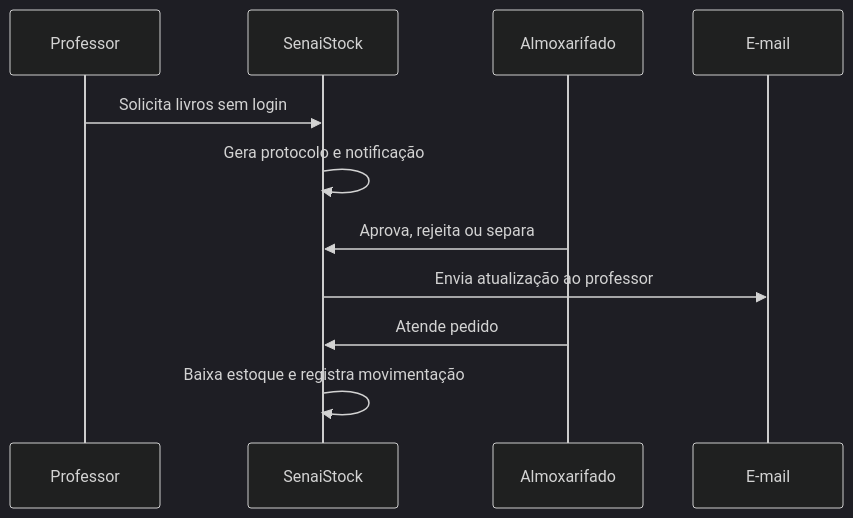
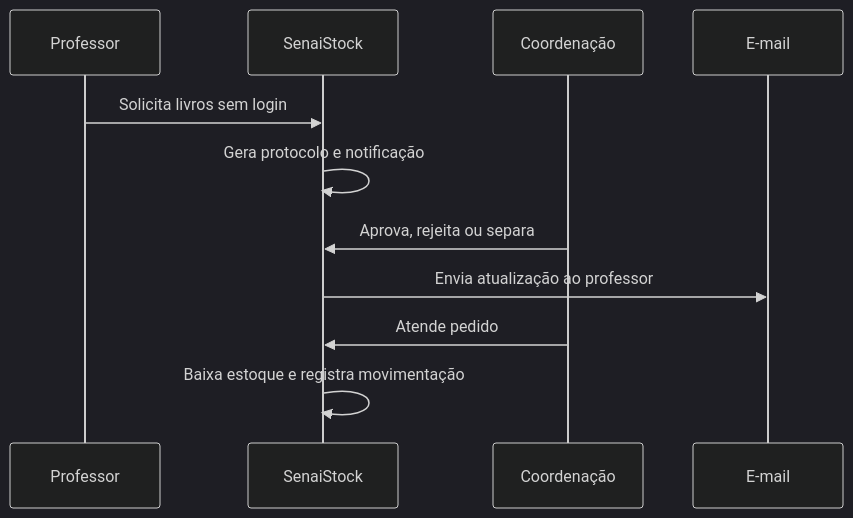
The second of 2 diagrams in breeze/senaiStock/README.md (JoelNeto21/Senai_Project), drawn with Mermaid (dark theme) before and after one commit. The commit also changed other lines of this file and 32 other files, not shown here.

````diff
--- a/breeze/senaiStock/README.md
+++ b/breeze/senaiStock/README.md
@@ -84,14 +81,14 @@
 ```mermaid
 sequenceDiagram
     participant P as Professor
     participant S as SenaiStock
-    participant A as Almoxarifado
+    participant A as Coordenação
     participant E as E-mail
 
     P->>S: Solicita livros sem login
     S->>S: Gera protocolo e notificação
     A->>S: Aprova, rejeita ou separa
     S->>E: Envia atualização ao professor
     A->>S: Atende pedido
     S->>S: Baixa estoque e registra movimentação
 ```
````
